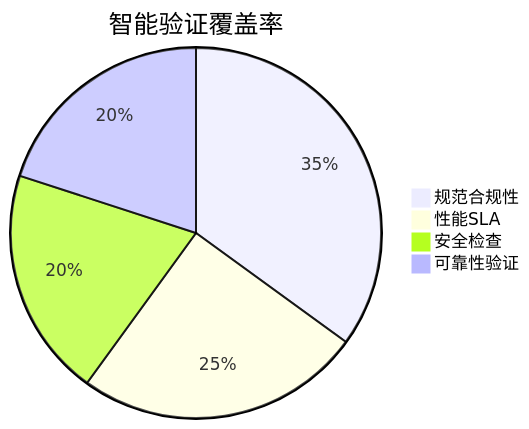
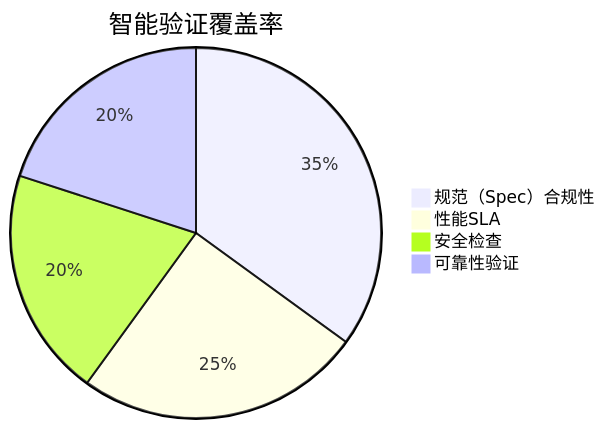
One commit to ouyangshixiong/context-engineering-zh changed the fourth of 10 diagrams in README.md. Above: the diagram before and after it, drawn with Mermaid. The commit also changed other lines of this file and 4 other files, not shown here.

````diff
--- a/README.md
+++ b/README.md
@@ -252,7 +252,7 @@
 ```mermaid
 pie title 智能验证覆盖率
-    "规范合规性" : 35
+    "规范（Spec）合规性" : 35
     "性能SLA" : 25
     "安全检查" : 20
     "可靠性验证" : 20
 ```
````
